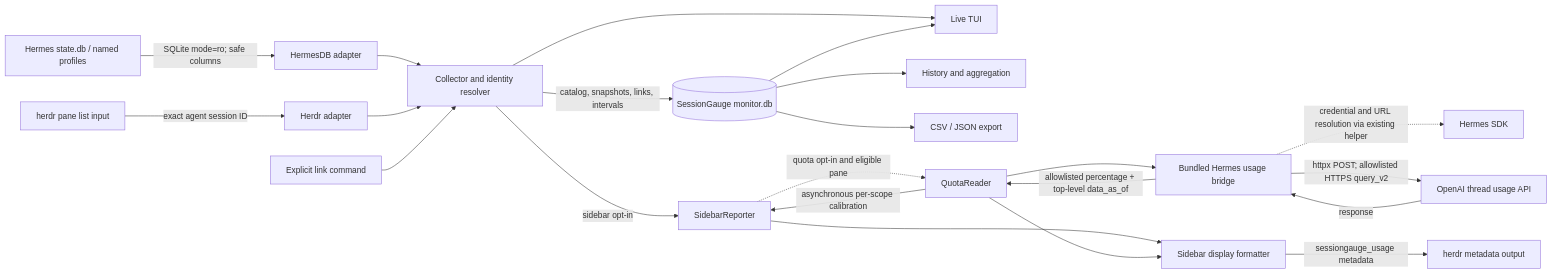
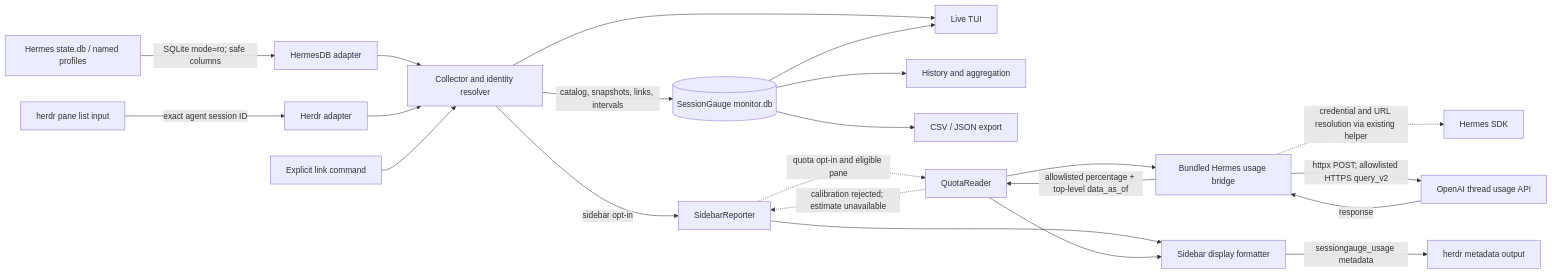
One commit to iorinu/SessionGauge changed the first of 2 diagrams in docs/architecture.md. Above: the diagram before and after it, drawn with Mermaid. The commit also changed other lines of this file and 12 other files, not shown here.

````diff
--- a/docs/architecture.md
+++ b/docs/architecture.md
@@ -5,24 +5,24 @@
 ```mermaid
 flowchart LR
     H[Hermes state.db / named profiles] -->|SQLite mode=ro; safe columns| A[HermesDB adapter]
     R[herdr pane list input] -->|exact agent session ID| B[Herdr adapter]
     A --> C[Collector and identity resolver]
     B --> C
     L[Explicit link command] --> C
     C -->|catalog, snapshots, links, intervals| M[(SessionGauge monitor.db)]
     C --> T[Live TUI]
     M --> T
     M --> G[History and aggregation]
     M --> E[CSV / JSON export]
     C -->|sidebar opt-in| S[SidebarReporter]
     S -. quota opt-in and eligible pane .-> Q[QuotaReader]
     Q --> X[Bundled Hermes usage bridge]
     X -. credential and URL resolution via existing helper .-> SDK[Hermes SDK]
     X -->|httpx POST; allowlisted HTTPS query_v2| API[OpenAI thread usage API]
     API -->|response| X
     X -->|allowlisted percentage + top-level data_as_of| Q
-    Q -->|asynchronous per-scope calibration| S
+    Q -. calibration rejected; estimate unavailable .-> S
     S --> F[Sidebar display formatter]
     Q --> F
     F -->|sessiongauge_usage metadata| O[herdr metadata output]
 ```
````
